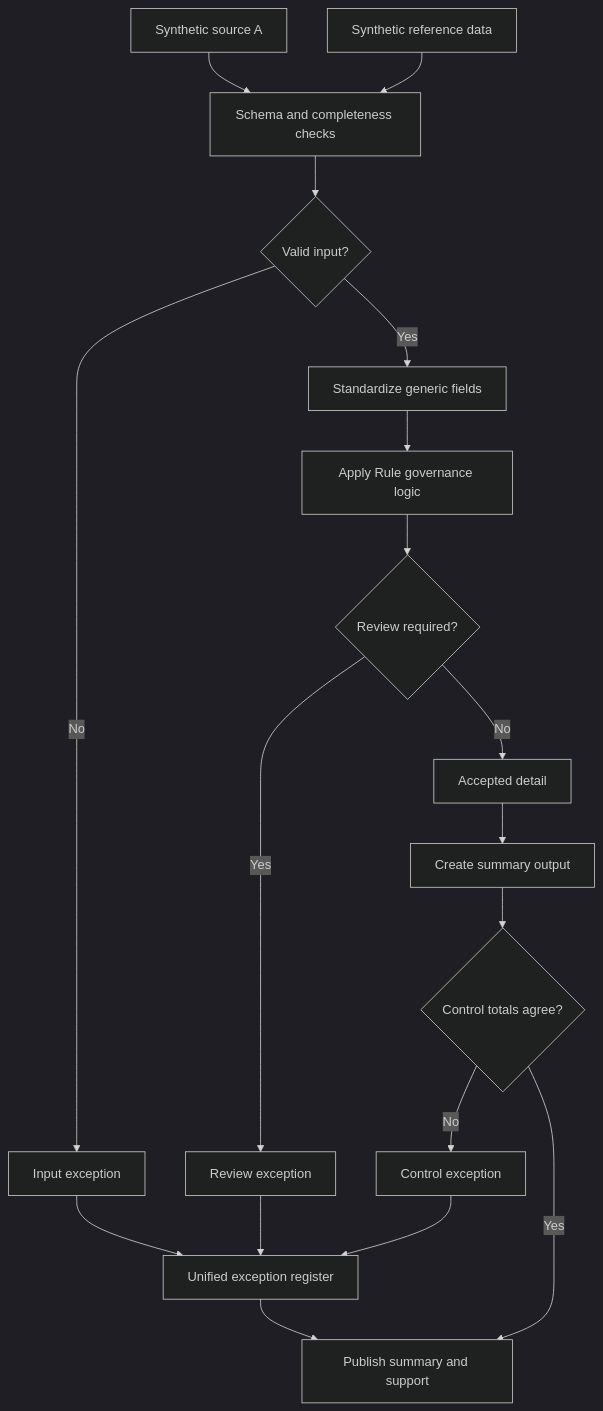
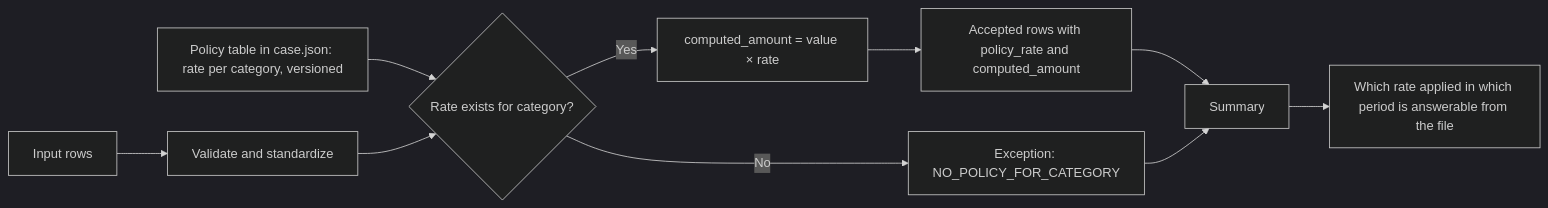
Before and after one commit to Erkzucr/automation-analytics-portfolio: the diagram in case-studies/07-policy-driven-calculation-governance/README.md, drawn with Mermaid (dark theme). The commit also changed 17 other files, not shown here.

````diff
--- a/case-studies/07-policy-driven-calculation-governance/README.md
+++ b/case-studies/07-policy-driven-calculation-governance/README.md
@@ -17,20 +17,12 @@
 ```mermaid
-flowchart TB
- A1[Synthetic source A] --> B[Schema and completeness checks]
- A2[Synthetic reference data] --> B
- B --> C{Valid input?}
- C -- No --> X1[Input exception]
- C -- Yes --> D[Standardize generic fields]
- D --> E[Apply Rule governance logic]
- E --> F{Review required?}
- F -- Yes --> X2[Review exception]
- F -- No --> G[Accepted detail]
- G --> H[Create summary output]
- H --> I{Control totals agree?}
- I -- No --> X3[Control exception]
- I -- Yes --> J[Publish summary and support]
- X1 --> K[Unified exception register]
- X2 --> K
- X3 --> K
- K --> J
+flowchart LR
+ POL[Policy table in case.json: rate per category, versioned] --> LK
+ I[Input rows] --> V[Validate and standardize]
+ V --> LK{Rate exists for category?}
+ LK -- No --> X[Exception: NO_POLICY_FOR_CATEGORY]
+ LK -- Yes --> CALC[computed_amount = value × rate]
+ CALC --> A[Accepted rows with policy_rate and computed_amount]
+ A --> S[Summary]
+ X --> S
+ S --> AUD[Which rate applied in which period is answerable from the file]
 ```
````
